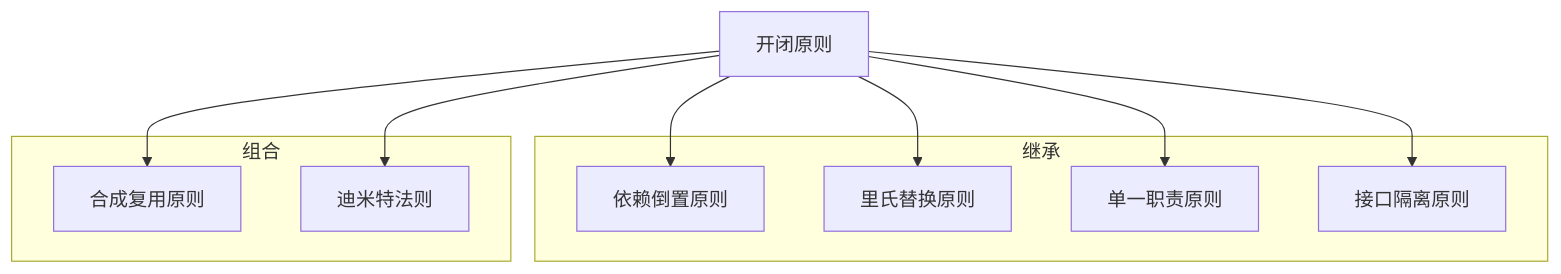
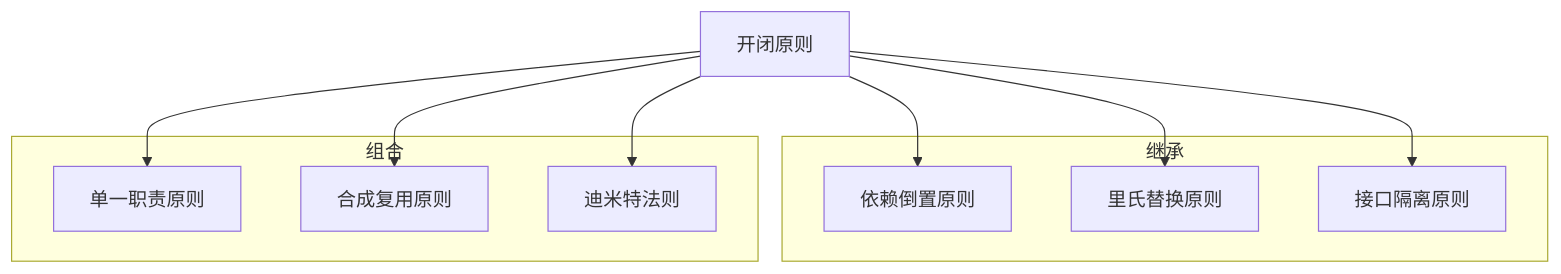
The first of 20 diagrams in 系统设计/Gof设计模式.md (chenqwwq/_note), drawn with Mermaid before and after one commit. The commit also changed other lines of this file and 76 other files, not shown here.

````diff
--- a/系统设计/Gof设计模式.md
+++ b/系统设计/Gof设计模式.md
@@ -20,20 +20,20 @@
 ```mermaid
 flowchart TD
 	B[开闭原则]
 subgraph 继承
 	C[依赖倒置原则]
 	D[里氏替换原则]
-	E[单一职责原则]
 	F[接口隔离原则]
 end 
 subgraph 组合
+	E[单一职责原则]
 	G[合成复用原则]
 	H[迪米特法则]
 end
 B-->C
 B-->D
 B-->E
 B-->F
 B-->G
 B-->H
 ```
````
